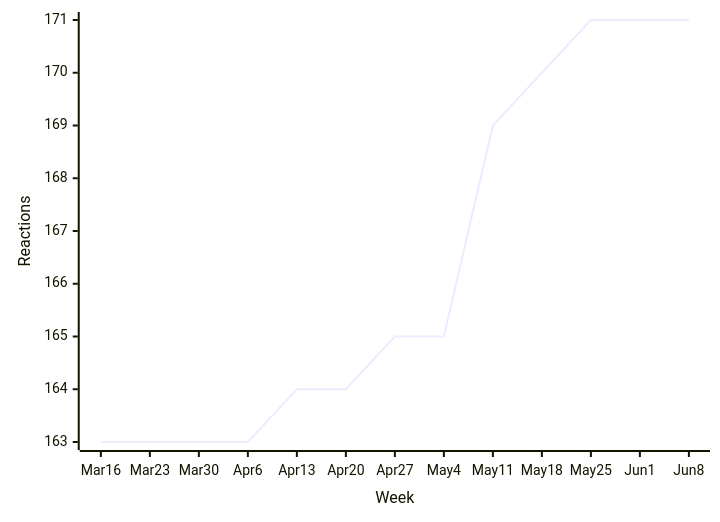
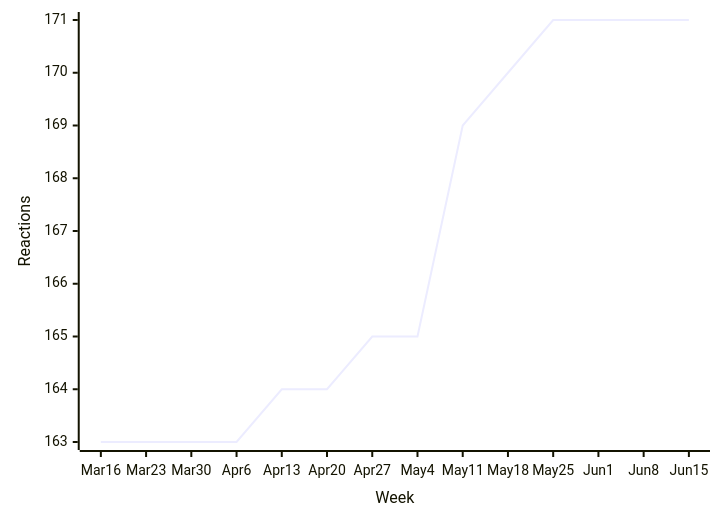
Diagram 16 of 47 in README.md (loic-sharma/github-insights), drawn with Mermaid before and after one commit. The commit also changed other lines of this file and 3 other files, not shown here.

````diff
--- a/README.md
+++ b/README.md
@@ -594,6 +594,6 @@
   ```mermaid
   xychart-beta
-    x-axis "Week" [Mar 16, Mar 23, Mar 30, Apr 6, Apr 13, Apr 20, Apr 27, May 4, May 11, May 18, May 25, Jun 1, Jun 8]
+    x-axis "Week" [Mar 16, Mar 23, Mar 30, Apr 6, Apr 13, Apr 20, Apr 27, May 4, May 11, May 18, May 25, Jun 1, Jun 8, Jun 15]
     y-axis "Reactions"
-    line [163, 163, 163, 163, 164, 164, 165, 165, 169, 170, 171, 171, 171]
+    line [163, 163, 163, 163, 164, 164, 165, 165, 169, 170, 171, 171, 171, 171]
   ```
````
